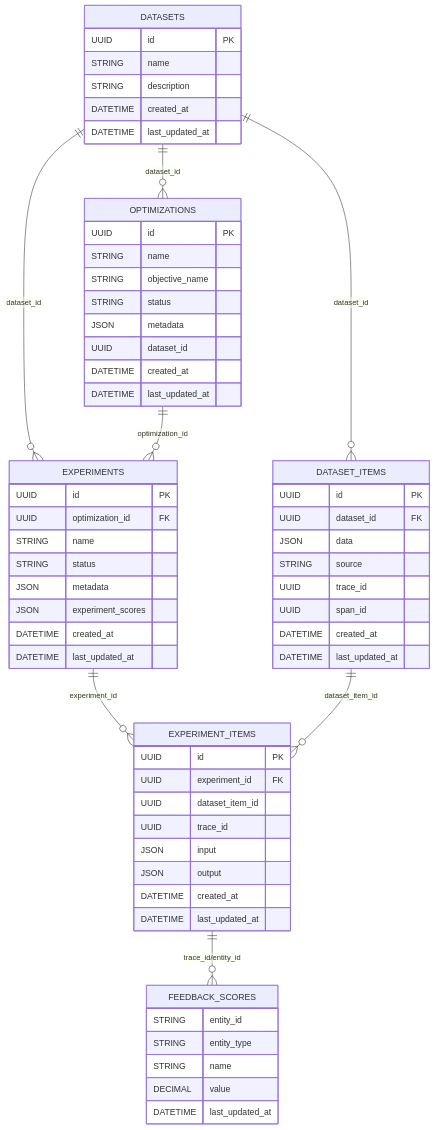
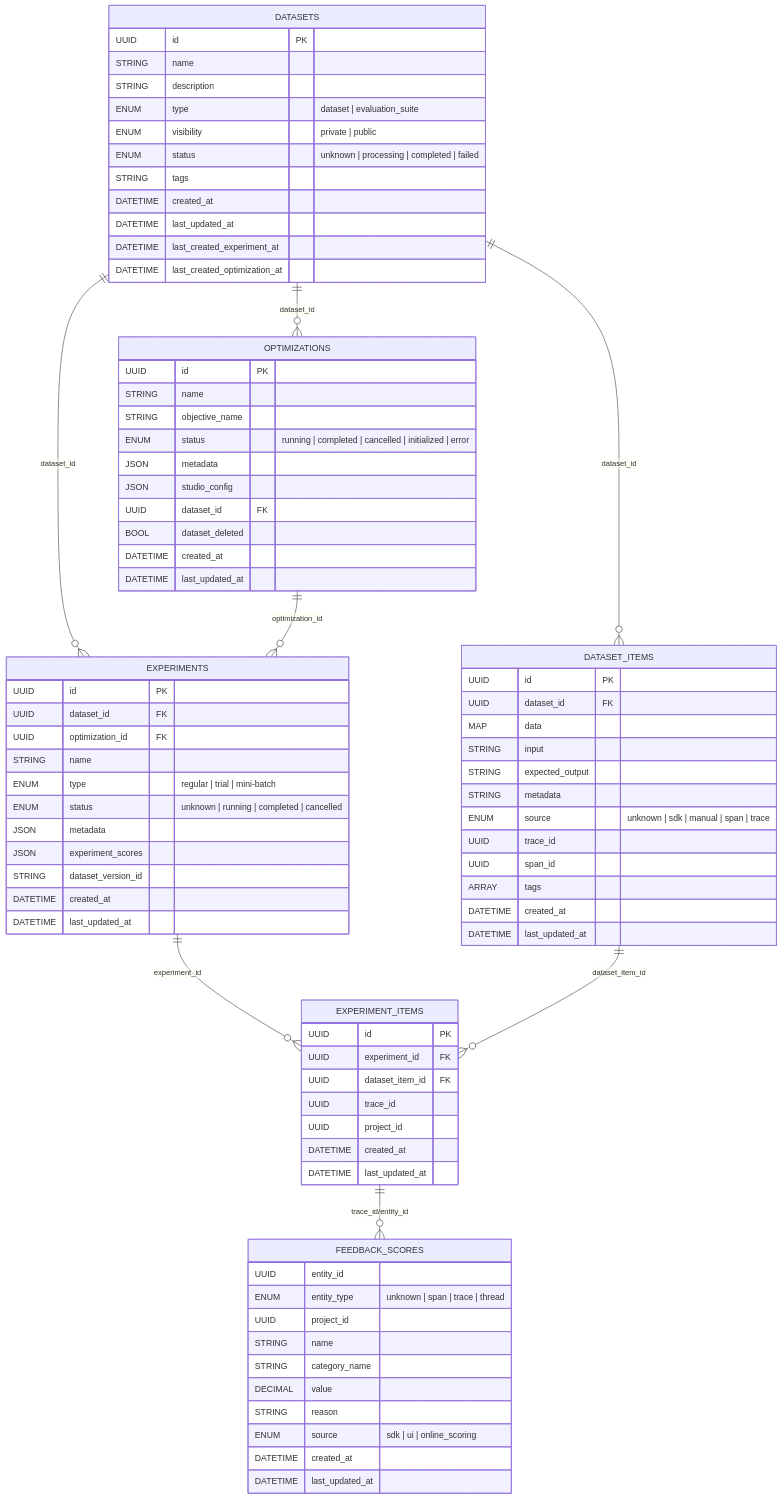
One commit to comet-ml/opik changed the second of 3 diagrams in sdks/opik_optimizer/docs/optimization-framework-design.md. Above: the diagram before and after it, drawn with Mermaid. The commit also changed other lines of this file, not shown here.

```diff
--- a/sdks/opik_optimizer/docs/optimization-framework-design.md
+++ b/sdks/opik_optimizer/docs/optimization-framework-design.md
@@ -91,28 +138,39 @@
         UUID id PK
         STRING name
         STRING description
+        ENUM type "dataset | evaluation_suite"
+        ENUM visibility "private | public"
+        ENUM status "unknown | processing | completed | failed"
+        STRING tags
         DATETIME created_at
         DATETIME last_updated_at
+        DATETIME last_created_experiment_at
+        DATETIME last_created_optimization_at
     }
 
     OPTIMIZATIONS {
         UUID id PK
         STRING name
         STRING objective_name
-        STRING status
+        ENUM status "running | completed | cancelled | initialized | error"
         JSON metadata
-        UUID dataset_id
+        JSON studio_config
+        UUID dataset_id FK
+        BOOL dataset_deleted
         DATETIME created_at
         DATETIME last_updated_at
     }
 
     EXPERIMENTS {
         UUID id PK
+        UUID dataset_id FK
         UUID optimization_id FK
         STRING name
-        STRING status
+        ENUM type "regular | trial | mini-batch"
+        ENUM status "unknown | running | completed | cancelled"
         JSON metadata
         JSON experiment_scores
+        STRING dataset_version_id
         DATETIME created_at
         DATETIME last_updated_at
     }
@@ -120,10 +178,9 @@
     EXPERIMENT_ITEMS {
         UUID id PK
         UUID experiment_id FK
-        UUID dataset_item_id
+        UUID dataset_item_id FK
         UUID trace_id
-        JSON input
-        JSON output
+        UUID project_id
         DATETIME created_at
         DATETIME last_updated_at
     }
@@ -131,19 +188,28 @@
     DATASET_ITEMS {
         UUID id PK
         UUID dataset_id FK
-        JSON data
-        STRING source
+        MAP data
+        STRING input
+        STRING expected_output
+        STRING metadata
+        ENUM source "unknown | sdk | manual | span | trace"
         UUID trace_id
         UUID span_id
+        ARRAY tags
         DATETIME created_at
         DATETIME last_updated_at
     }
 
     FEEDBACK_SCORES {
-        STRING entity_id
-        STRING entity_type
+        UUID entity_id
+        ENUM entity_type "unknown | span | trace | thread"
+        UUID project_id
         STRING name
+        STRING category_name
         DECIMAL value
+        STRING reason
+        ENUM source "sdk | ui | online_scoring"
+        DATETIME created_at
         DATETIME last_updated_at
     }
 
```
